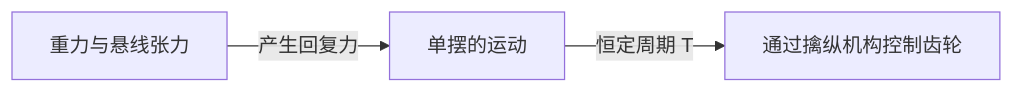
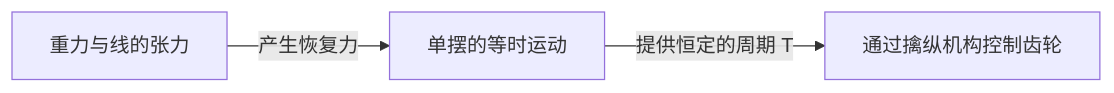
One commit to kenjinote/blog changed the second of 3 diagrams in content/post/history-of-timekeeping-technology/index.zh-cn.md. Above: the diagram before and after it, drawn with Mermaid. The commit also changed other lines of this file and 129 other files, not shown here.

````diff
--- a/content/post/history-of-timekeeping-technology/index.zh-cn.md
+++ b/content/post/history-of-timekeeping-technology/index.zh-cn.md
@@ -36,5 +41,5 @@
 ```mermaid
 graph LR
-    A["重力与悬线张力"] -- "产生回复力" --> B["单摆的运动"]
-    B -- "恒定周期 T" --> C["通过擒纵机构控制齿轮"]
+    A["重力与线的张力"] -- "产生恢复力" --> B["单摆的等时运动"]
+    B -- "提供恒定的周期 T" --> C["通过擒纵机构控制齿轮"]
 ```
````
